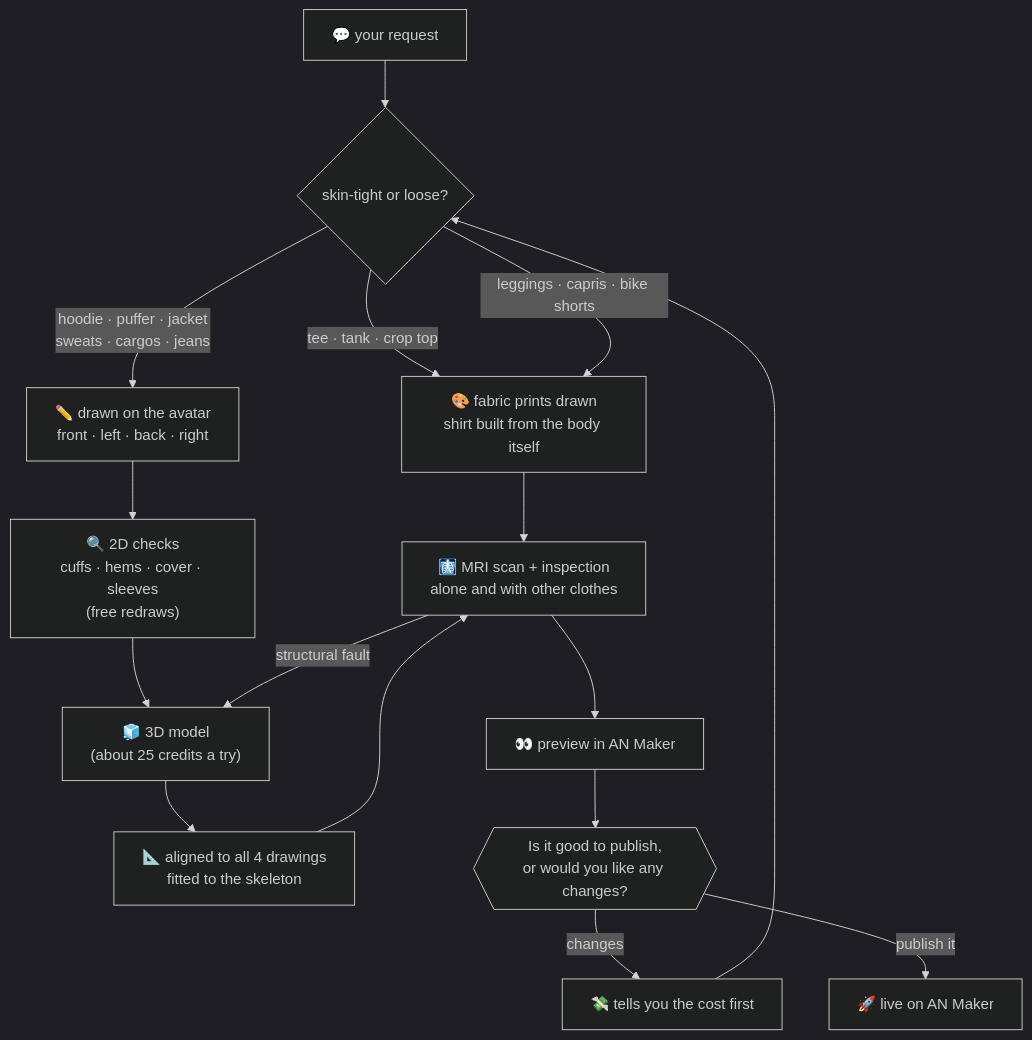
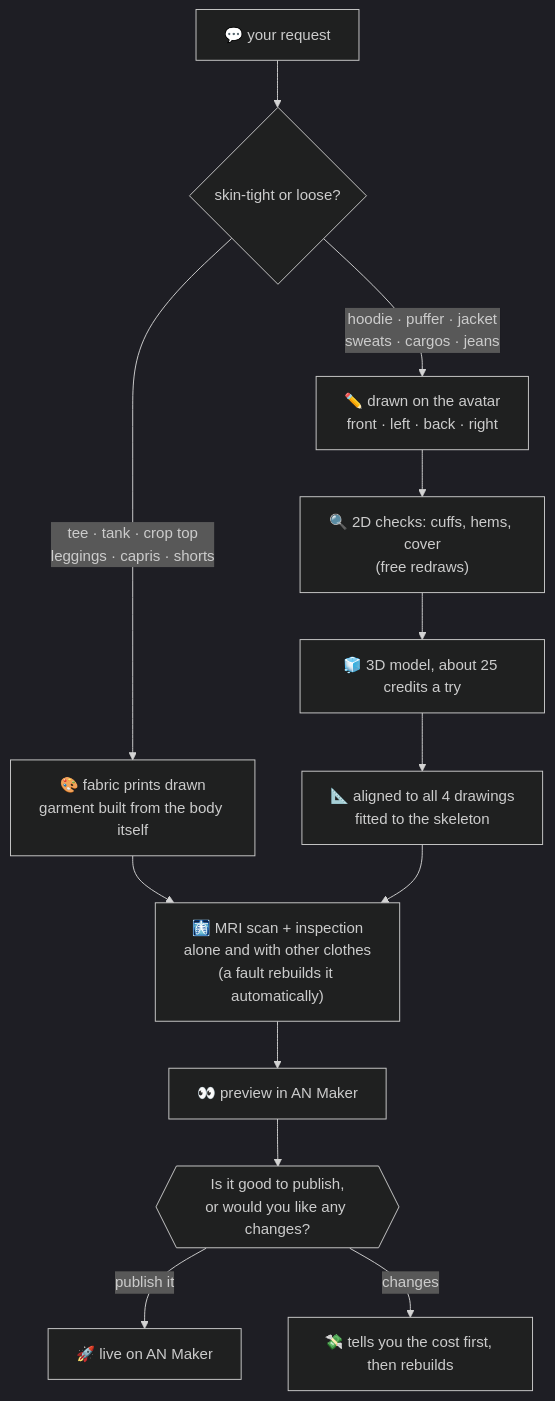
The second of 2 diagrams in README.md (ImmortalWalrus/an-maker), drawn with Mermaid (dark theme) before and after one commit. The commit also changed other lines of this file, not shown here.

Commit message:
README: simpler flowcharts

````diff
--- a/README.md
+++ b/README.md
@@ -87,17 +87,15 @@
 ```mermaid
 flowchart TD
     A["💬 your request"] --> B{"skin-tight or loose?"}
-    B -- "tee · tank · crop top" --> T["🎨 fabric prints drawn<br/>shirt built from the body itself"]
-    B -- "leggings · capris · bike shorts" --> T
+    B -- "tee · tank · crop top<br/>leggings · capris · shorts" --> T["🎨 fabric prints drawn<br/>garment built from the body itself"]
     B -- "hoodie · puffer · jacket<br/>sweats · cargos · jeans" --> D["✏️ drawn on the avatar<br/>front · left · back · right"]
-    D --> C2["🔍 2D checks<br/>cuffs · hems · cover · sleeves<br/>(free redraws)"]
-    C2 --> M["🧊 3D model<br/>(about 25 credits a try)"]
+    D --> C2["🔍 2D checks: cuffs, hems, cover<br/>(free redraws)"]
+    C2 --> M["🧊 3D model, about 25 credits a try"]
     M --> F["📐 aligned to all 4 drawings<br/>fitted to the skeleton"]
-    T --> MRI["🩻 MRI scan + inspection<br/>alone and with other clothes"]
+    T --> MRI["🩻 MRI scan + inspection<br/>alone and with other clothes<br/>(a fault rebuilds it automatically)"]
     F --> MRI
-    MRI -- "structural fault" --> M
     MRI --> V["👀 preview in AN Maker"]
     V --> ASK{{"Is it good to publish,<br/>or would you like any changes?"}}
-    ASK -- "changes" --> X["💸 tells you the cost first"] --> B
     ASK -- "publish it" --> LIVE["🚀 live on AN Maker"]
+    ASK -- "changes" --> X["💸 tells you the cost first, then rebuilds"]
 ```
````
